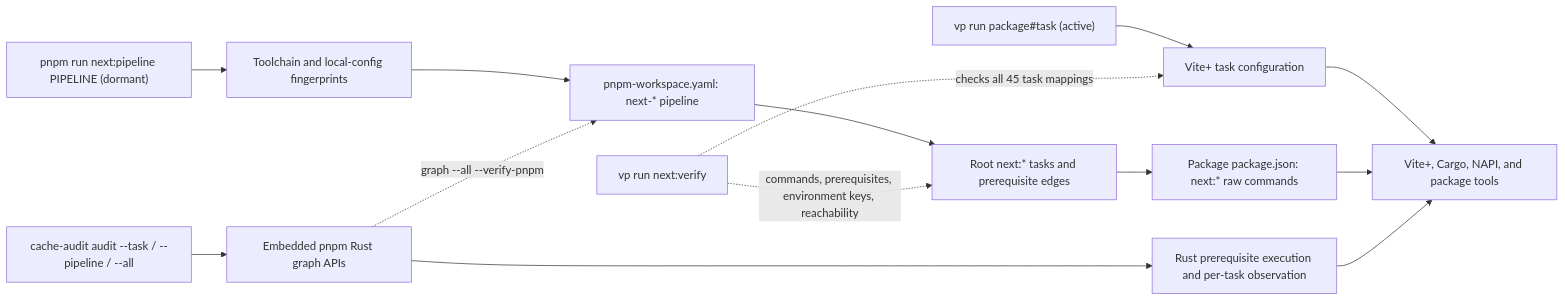
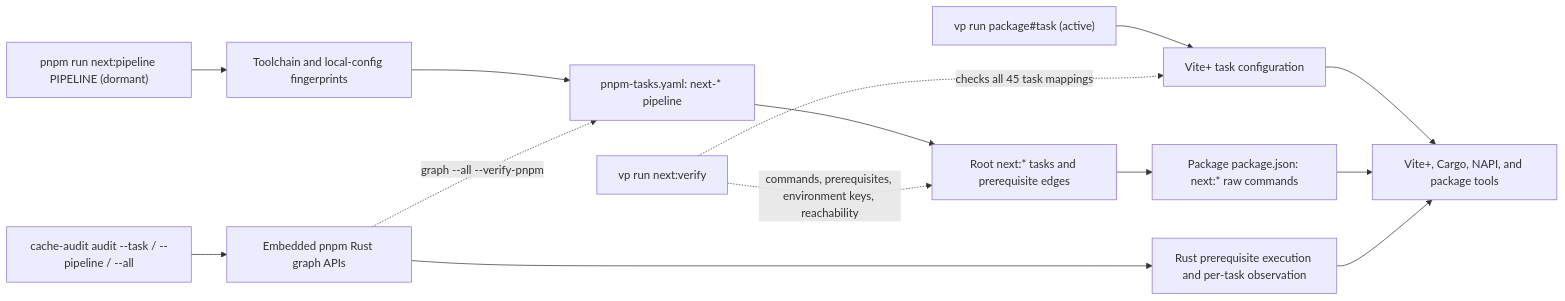
One commit to atlowChemi/vite-svg-2-webfont changed the first of 2 diagrams in CONTRIBUTING.md. Above: the diagram before and after it, drawn with Mermaid. The commit also changed other lines of this file and 13 other files, not shown here.

````diff
--- a/CONTRIBUTING.md
+++ b/CONTRIBUTING.md
@@ -62,16 +66,16 @@
 ```mermaid
 flowchart LR
     active["vp run package#task (active)"] --> vite["Vite+ task configuration"]
     vite --> tools["Vite+, Cargo, NAPI, and package tools"]
     next["pnpm run next:pipeline PIPELINE (dormant)"] --> identity["Toolchain and local-config fingerprints"]
-    identity --> pipeline["pnpm-workspace.yaml: next-* pipeline"]
+    identity --> pipeline["pnpm-tasks.yaml: next-* pipeline"]
     pipeline --> tasks["Root next:* tasks and prerequisite edges"]
     tasks --> scripts["Package package.json: next:* raw commands"]
     scripts --> tools
     parity["vp run next:verify"] -. "checks all 45 task mappings" .-> vite
     parity -. "commands, prerequisites, environment keys, reachability" .-> tasks
     audit["cache-audit audit --task / --pipeline / --all"] --> rust["Embedded pnpm Rust graph APIs"]
     rust --> execution["Rust prerequisite execution and per-task observation"]
     execution --> tools
     rust -. "graph --all --verify-pnpm" .-> pipeline
 ```
````
